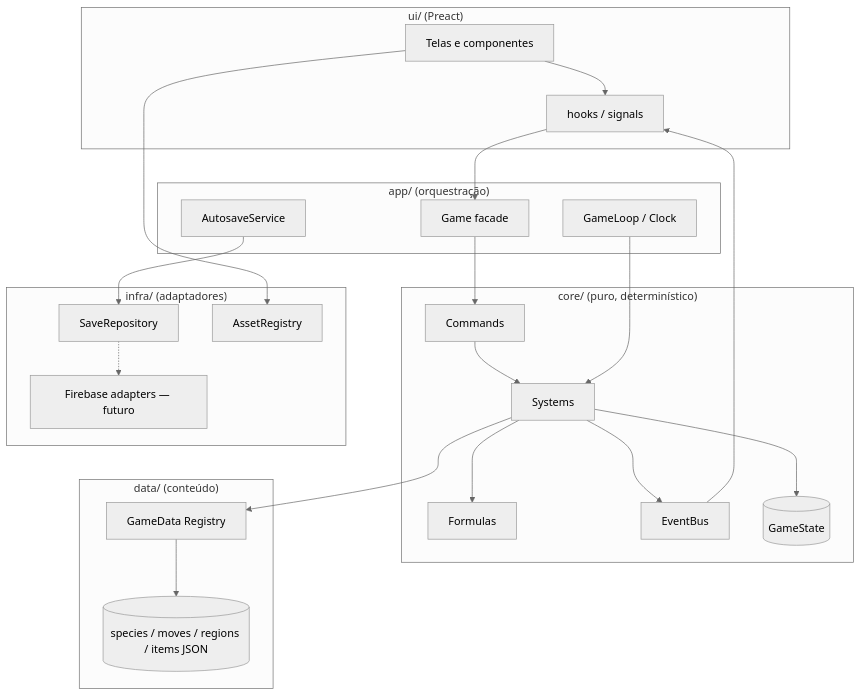
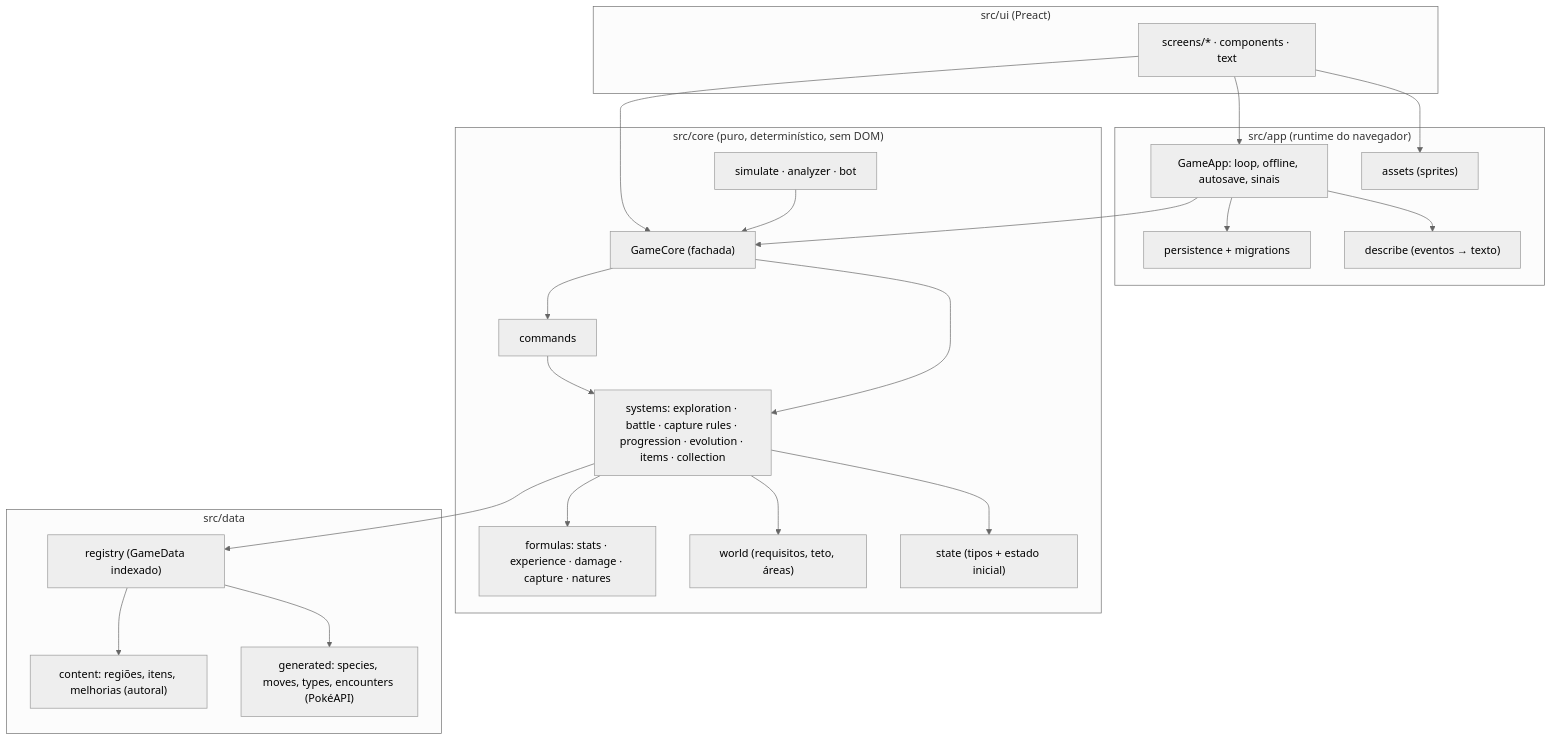
One commit to wengcarlos005/Claude-Bot changed the first of 2 diagrams in docs/ARCHITECTURE.md. Above: the diagram before and after it, drawn with Mermaid (neutral theme). The commit also changed other lines of this file and 22 other files, not shown here.

````diff
--- a/docs/ARCHITECTURE.md
+++ b/docs/ARCHITECTURE.md
@@ -45,41 +31,41 @@
 ```mermaid
 flowchart TB
-    subgraph UI["ui/ (Preact)"]
-        Screens[Telas e componentes]
-        Hooks[hooks / signals]
-    end
-    subgraph APP["app/ (orquestração)"]
-        Game[Game facade]
-        Loop[GameLoop / Clock]
-        Autosave[AutosaveService]
-    end
-    subgraph CORE["core/ (puro, determinístico)"]
-        Commands[Commands]
-        Systems[Systems]
-        Formulas[Formulas]
-        Events[EventBus]
-        State[(GameState)]
-    end
-    subgraph DATA["data/ (conteúdo)"]
-        Registry[GameData Registry]
-        Content[(species / moves / regions / items JSON)]
-    end
-    subgraph INFRA["infra/ (adaptadores)"]
-        SaveRepo[SaveRepository]
-        Assets[AssetRegistry]
-        Cloud[Firebase adapters — futuro]
-    end
-
-    Screens --> Hooks --> Game
-    Game --> Commands --> Systems
-    Loop --> Systems
-    Systems --> Formulas
-    Systems --> State
-    Systems --> Events
-    Systems --> Registry
-    Registry --> Content
-    Events --> Hooks
-    Autosave --> SaveRepo
-    Screens --> Assets
-    SaveRepo -.-> Cloud
+  subgraph UI["src/ui (Preact)"]
+    Screens["screens/* · components · text"]
+  end
+  subgraph APP["src/app (runtime do navegador)"]
+    GameApp["GameApp: loop, offline, autosave, sinais"]
+    Persist["persistence + migrations"]
+    Assets["assets (sprites)"]
+    Describe["describe (eventos → texto)"]
+  end
+  subgraph CORE["src/core (puro, determinístico, sem DOM)"]
+    Game["GameCore (fachada)"]
+    Commands["commands"]
+    Systems["systems: exploration · battle · capture rules · progression · evolution · items · collection"]
+    Formulas["formulas: stats · experience · damage · capture · natures"]
+    World["world (requisitos, teto, áreas)"]
+    Sim["simulate · analyzer · bot"]
+    State["state (tipos + estado inicial)"]
+  end
+  subgraph DATA["src/data"]
+    Registry["registry (GameData indexado)"]
+    Content["content: regiões, itens, melhorias (autoral)"]
+    Generated["generated: species, moves, types, encounters (PokéAPI)"]
+  end
+  Screens --> GameApp
+  Screens --> Game
+  GameApp --> Game
+  GameApp --> Persist
+  Screens --> Assets
+  GameApp --> Describe
+  Game --> Commands --> Systems
+  Game --> Systems
+  Systems --> Formulas
+  Systems --> World
+  Sim --> Game
+  Systems --> State
+  Systems --> Registry
+  Registry --> Content
+  Registry --> Generated
 ```
````
